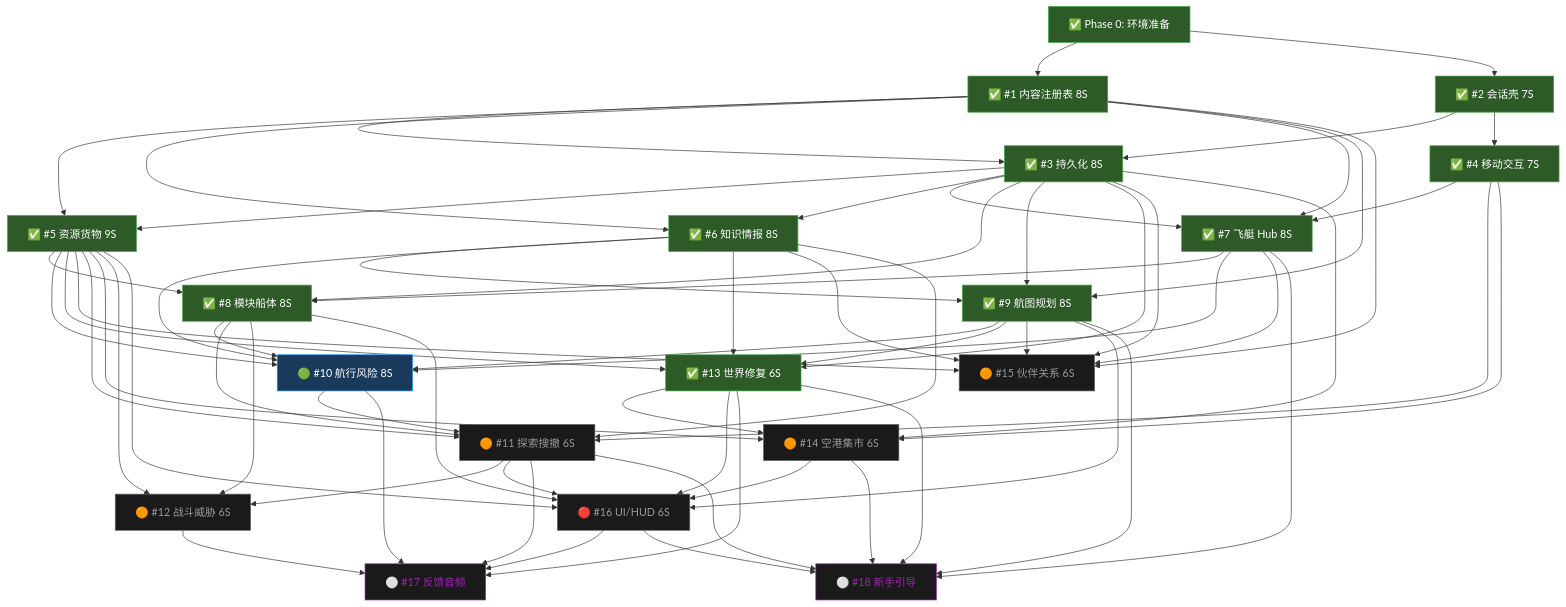
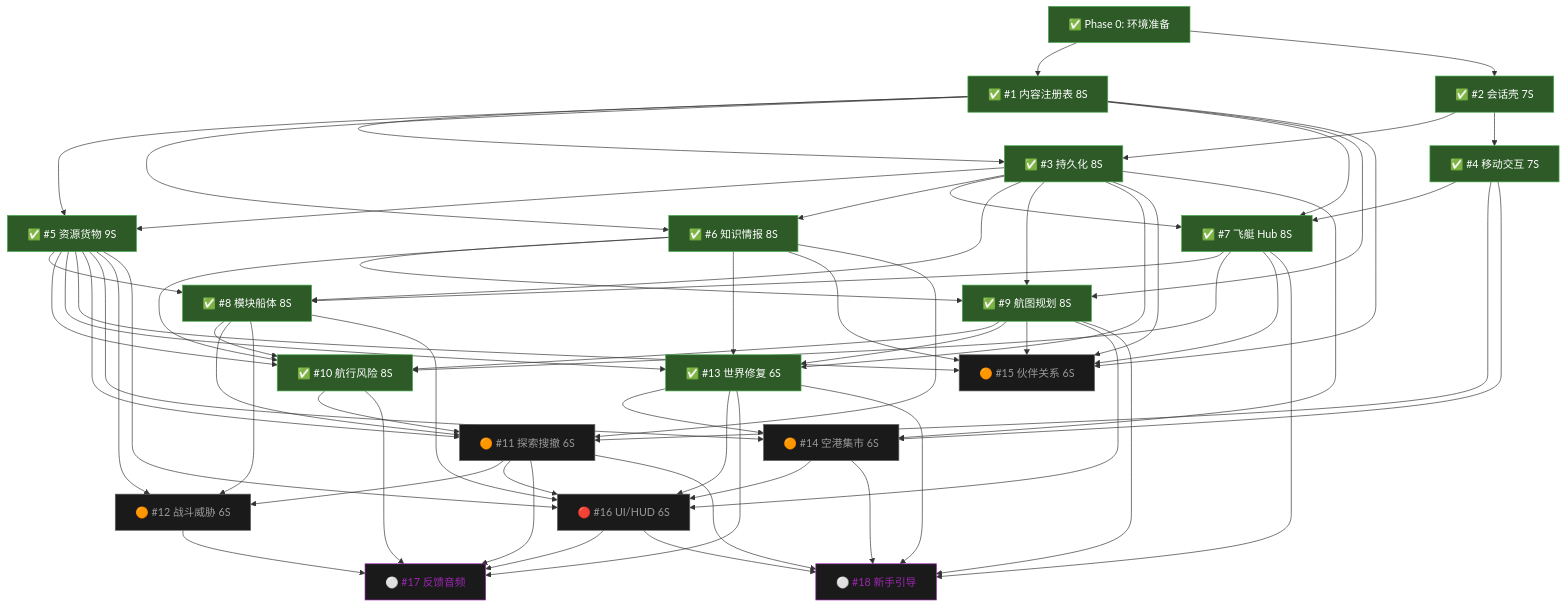
The second of 3 diagrams in docs/reference/production-flowchart.md (lieinsay/Claude-Code-Game-Studios), drawn with Mermaid before and after one commit. The commit also changed other lines of this file and 12 other files, not shown here.

```diff
--- a/docs/reference/production-flowchart.md
+++ b/docs/reference/production-flowchart.md
@@ -80,7 +80,7 @@
     S8["✅ #8 模块船体 8S"]:::done
     S9["✅ #9 航图规划 8S"]:::done
 
-    S10["🟢 #10 航行风险 8S"]:::active
+    S10["✅ #10 航行风险 8S"]:::done
     S13["✅ #13 世界修复 6S"]:::done
     S15["🟠 #15 伙伴关系 6S"]:::future
 
```
